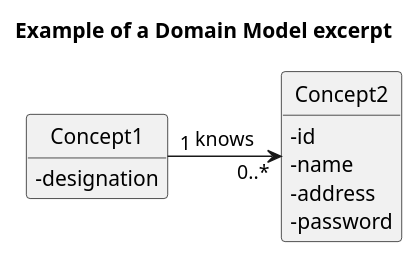
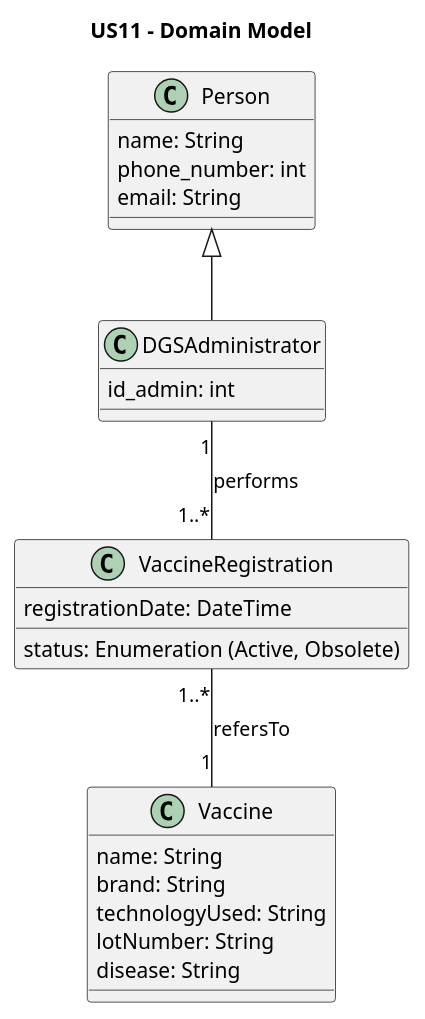
The diagram in docs/system-documentation/US11/puml/US11-DM.puml (pedroguilherme-web/leti-esoft-25-26-A1), drawn with PlantUML before and after one commit. The commit also changed 2 other files, not shown here.

```diff
--- a/docs/system-documentation/US11/puml/US11-DM.puml
+++ b/docs/system-documentation/US11/puml/US11-DM.puml
@@ -1,22 +1,33 @@
 @startuml
 'https://plantuml.com/class-diagram
-hide circle
-skinparam classAttributeIconSize 0
-hide methods
 
-title Example of a Domain Model excerpt
+title US11 - Domain Model
 
-class Concept1 {
-    -designation
+class Person {
+    name: String
+    phone_number: int
+    email: String
 }
 
-class Concept2 {
-    -id
-    -name
-    -address
-    -password
+class DGSAdministrator {
+    id_admin: int
 }
 
-Concept1 "1" -> "0..*" Concept2: knows
+class Vaccine {
+    name: String
+    brand: String
+    technologyUsed: String
+    lotNumber: String
+    disease: String
+}
+
+class VaccineRegistration {
+    registrationDate: DateTime
+    status: Enumeration (Active, Obsolete)
+}
+
+Person <|-- DGSAdministrator
+DGSAdministrator "1" -- "1..*" VaccineRegistration : performs
+VaccineRegistration "1..*" -- "1" Vaccine : refersTo
 
 @enduml
```
